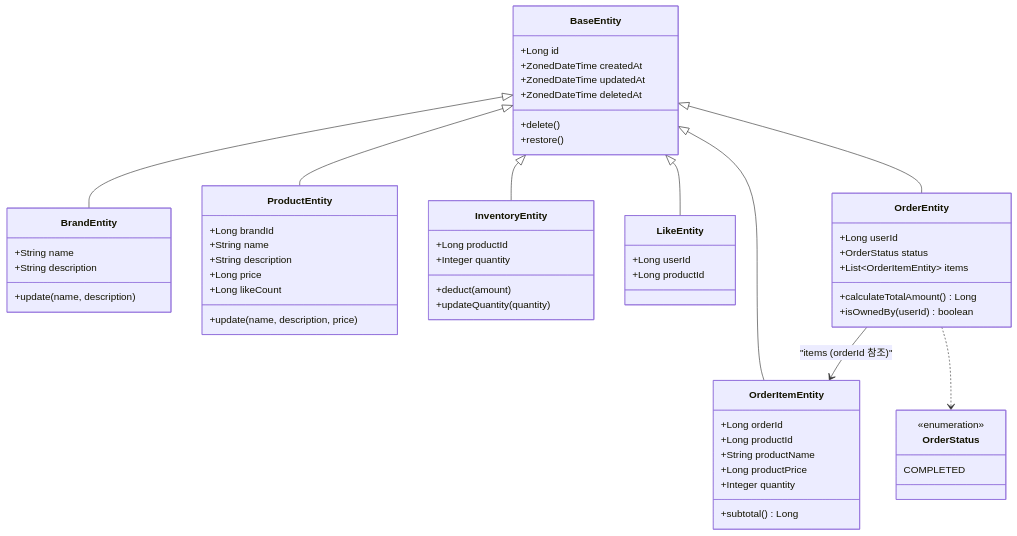
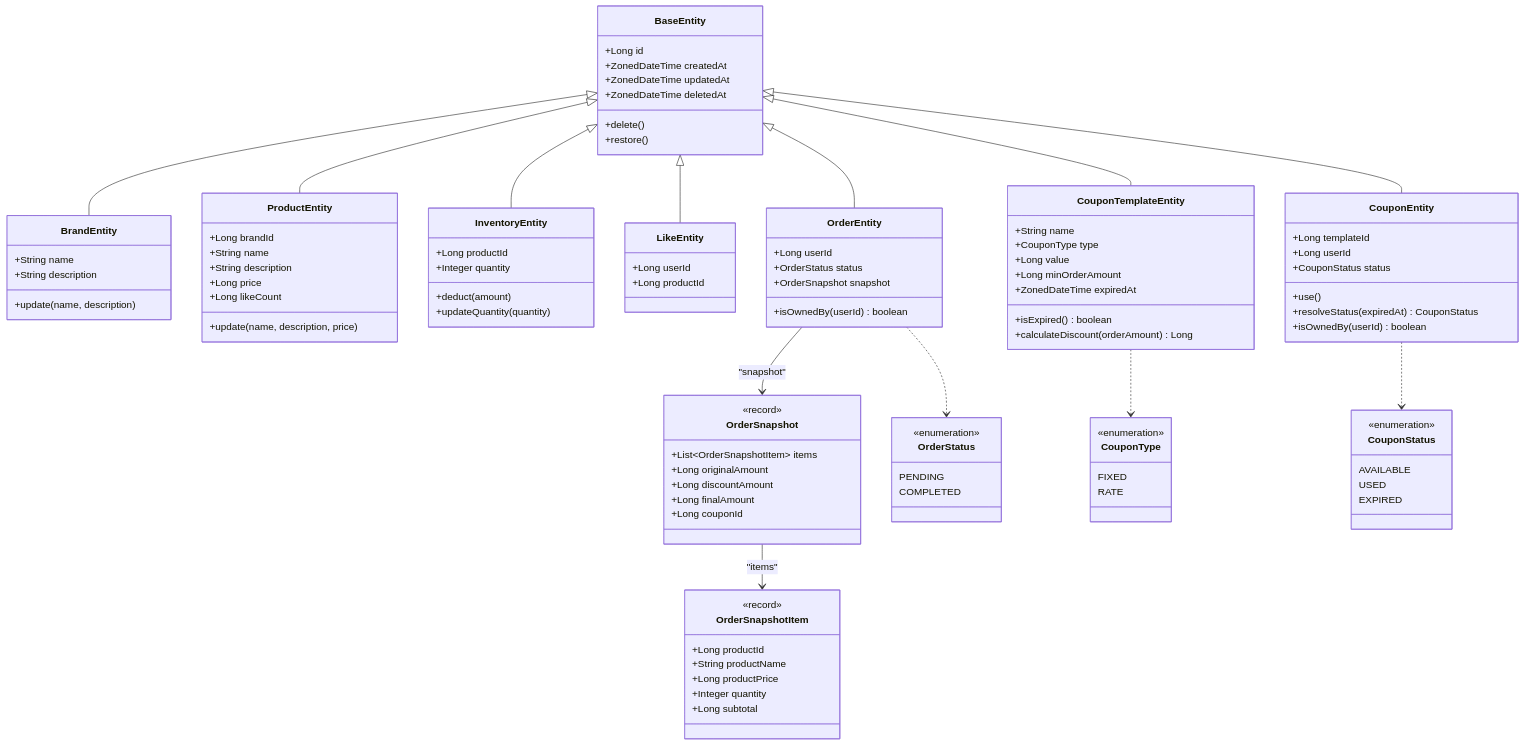
One commit to Hangju0610/loop-pack-be-l2-vol4-java changed the diagram in docs/03-class-diagram.md. Above: the diagram before and after it, drawn with Mermaid. The commit also changed other lines of this file and 2 other files, not shown here.

Commit message:
docs: ERD 및 클래스 다이어그램 4주차 변경사항 반영

````diff
--- a/docs/03-class-diagram.md
+++ b/docs/03-class-diagram.md
@@ -43,23 +43,64 @@
     class OrderEntity {
         +Long userId
         +OrderStatus status
-        +List~OrderItemEntity~ items
-        +calculateTotalAmount() Long
+        +OrderSnapshot snapshot
         +isOwnedBy(userId) boolean
     }
 
-    class OrderItemEntity {
-        +Long orderId
+    class OrderSnapshot {
+        <<record>>
+        +List~OrderSnapshotItem~ items
+        +Long originalAmount
+        +Long discountAmount
+        +Long finalAmount
+        +Long couponId
+    }
+
+    class OrderSnapshotItem {
+        <<record>>
         +Long productId
         +String productName
         +Long productPrice
         +Integer quantity
-        +subtotal() Long
+        +Long subtotal
     }
 
     class OrderStatus {
         <<enumeration>>
+        PENDING
         COMPLETED
+    }
+
+    class CouponTemplateEntity {
+        +String name
+        +CouponType type
+        +Long value
+        +Long minOrderAmount
+        +ZonedDateTime expiredAt
+        +isExpired() boolean
+        +calculateDiscount(orderAmount) Long
+    }
+
+    class CouponEntity {
+        +Long templateId
+        +Long userId
+        +CouponStatus status
+        +use()
+        +resolveStatus(expiredAt) CouponStatus
+        +isOwnedBy(userId) boolean
+    }
+
+    class CouponType {
+        <<enumeration>>
+        FIXED
+        RATE
+    }
+
+    class CouponStatus {
+        <<enumeration>>
+        AVAILABLE
+        USED
+        EXPIRED
     }
 
     BaseEntity <|-- BrandEntity
@@ -67,7 +108,11 @@
     BaseEntity <|-- InventoryEntity
     BaseEntity <|-- LikeEntity
     BaseEntity <|-- OrderEntity
-    BaseEntity <|-- OrderItemEntity
-    OrderEntity --> OrderItemEntity : "items (orderId 참조)"
+    BaseEntity <|-- CouponTemplateEntity
+    BaseEntity <|-- CouponEntity
+    OrderEntity --> OrderSnapshot : "snapshot"
+    OrderSnapshot --> OrderSnapshotItem : "items"
     OrderEntity ..> OrderStatus
+    CouponEntity ..> CouponStatus
+    CouponTemplateEntity ..> CouponType
 ```
````
